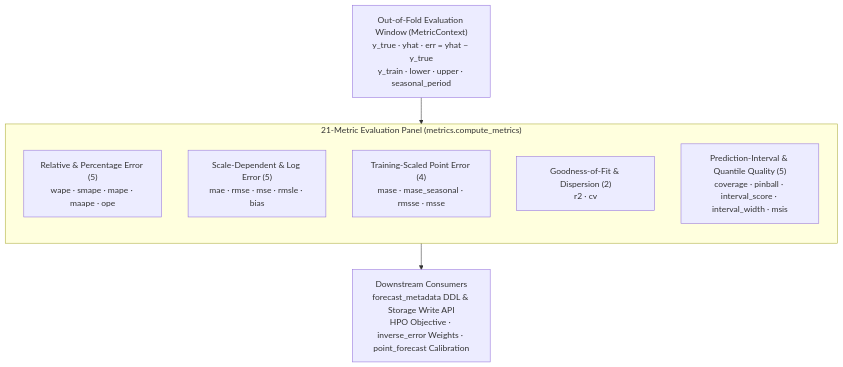
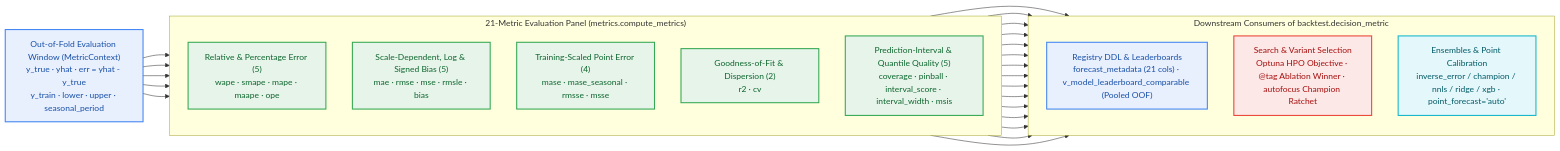
Before and after one commit to statmike/scale-forecasting: the diagram in docs/metrics_reference.md, drawn with Mermaid. The commit also changed other lines of this file and 26 other files, not shown here.

Commit message:
docs(architecture): progressive 9-level visual architecture atlas, 8 hero diagrams & live parity tripwires

````diff
--- a/docs/metrics_reference.md
+++ b/docs/metrics_reference.md
@@ -7,17 +7,32 @@
 ```mermaid
-flowchart TD
-    OOF["Out-of-Fold Evaluation Window (MetricContext)<br/>y_true · yhat · err = yhat − y_true<br/>y_train · lower · upper · seasonal_period"]
+flowchart LR
+    OOF["Out-of-Fold Evaluation Window (MetricContext)<br/>y_true · yhat · err = yhat - y_true<br/>y_train · lower · upper · seasonal_period"]
 
     subgraph Panel["21-Metric Evaluation Panel (metrics.compute_metrics)"]
         direction TB
         C1["Relative & Percentage Error (5)<br/>wape · smape · mape · maape · ope"]
-        C2["Scale-Dependent & Log Error (5)<br/>mae · rmse · mse · rmsle · bias"]
+        C2["Scale-Dependent, Log & Signed Bias (5)<br/>mae · rmse · mse · rmsle · bias"]
         C3["Training-Scaled Point Error (4)<br/>mase · mase_seasonal · rmsse · msse"]
         C4["Goodness-of-Fit & Dispersion (2)<br/>r2 · cv"]
         C5["Prediction-Interval & Quantile Quality (5)<br/>coverage · pinball · interval_score · interval_width · msis"]
     end
 
-    Downstream["Downstream Consumers<br/>forecast_metadata DDL & Storage Write API<br/>HPO Objective · inverse_error Weights · point_forecast Calibration"]
+    subgraph Steer["Downstream Consumers of backtest.decision_metric"]
+        direction TB
+        D1["Registry DDL & Leaderboards<br/>forecast_metadata (21 cols) · v_model_leaderboard_comparable (Pooled OOF)"]
+        D2["Search & Variant Selection<br/>Optuna HPO Objective · @tag Ablation Winner · autofocus Champion Ratchet"]
+        D3["Ensembles & Point Calibration<br/>inverse_error / champion / nnls / ridge / xgb · point_forecast='auto'"]
+    end
 
-    OOF --> Panel --> Downstream
+    OOF --> C1 & C2 & C3 & C4 & C5
+    C1 & C2 & C3 & C4 & C5 --> D1 & D2 & D3
+
+    classDef data fill:#E8F0FE,stroke:#4285F4,stroke-width:2px,color:#174EA6
+    classDef route fill:#FCE8E6,stroke:#EA4335,stroke-width:2px,color:#A50E0E
+    classDef compute fill:#E6F4EA,stroke:#34A853,stroke-width:2px,color:#0D652D
+    classDef decision fill:#E4F7FB,stroke:#12B5CB,stroke-width:2px,color:#005A66
+    class OOF,D1 data
+    class D2 route
+    class C1,C2,C3,C4,C5 compute
+    class D3 decision
 ```
````
